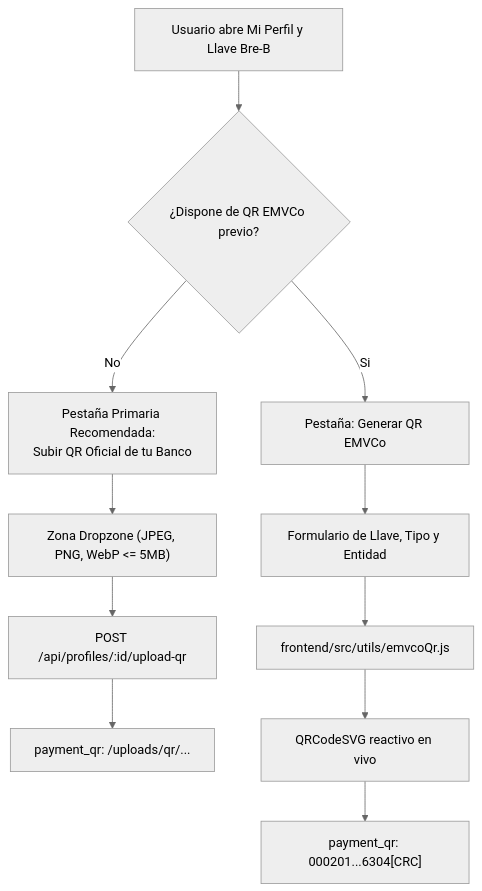
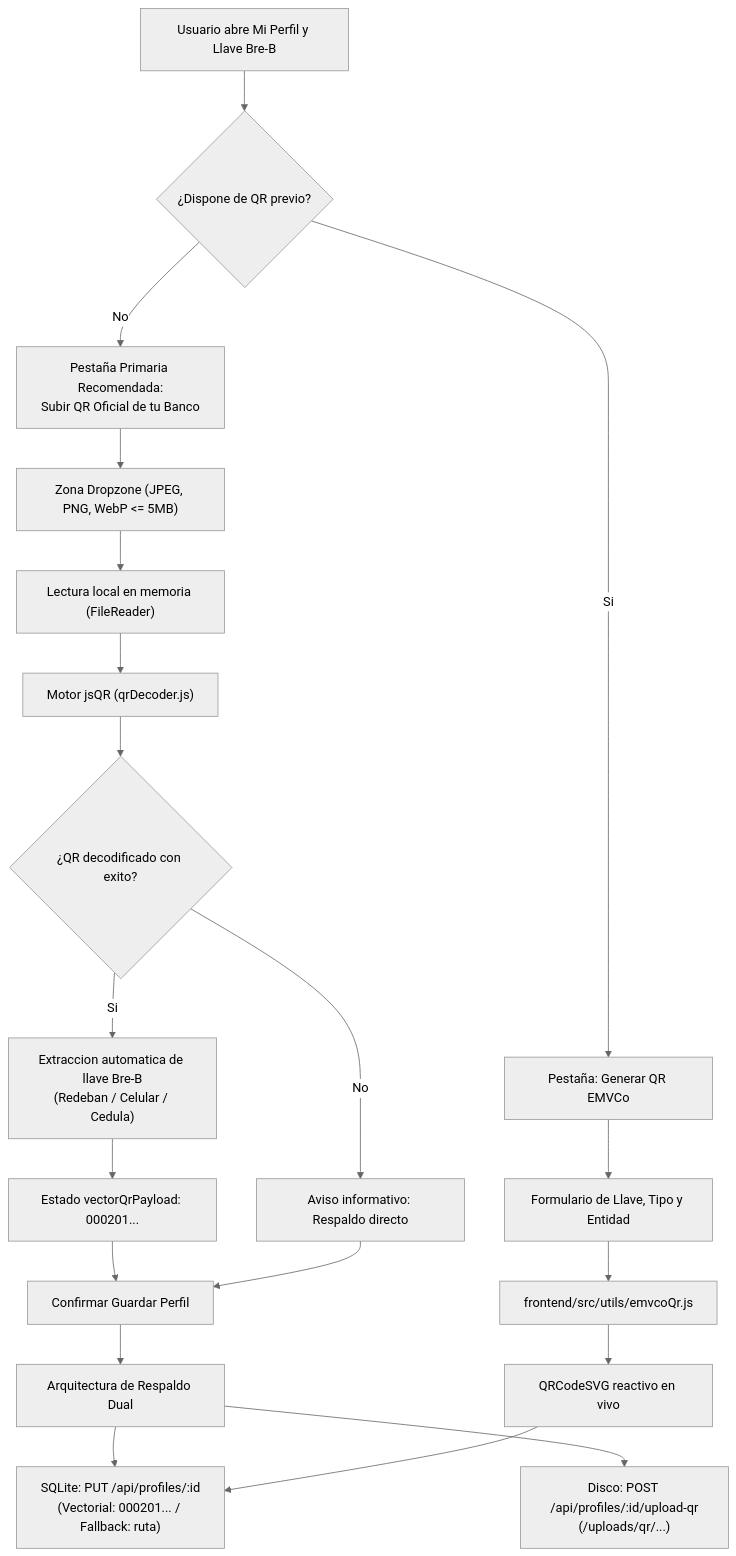
The first of 6 diagrams in docs/03_Frontend/Generador-QR-Bre-B.md (SebzSGC/Control-Gastos), drawn with Mermaid (neutral theme) before and after one commit. The commit also changed other lines of this file and 9 other files, not shown here.

````diff
--- a/docs/03_Frontend/Generador-QR-Bre-B.md
+++ b/docs/03_Frontend/Generador-QR-Bre-B.md
@@ -26,15 +26,27 @@
 ```mermaid
 flowchart TD
-    OpenModal["Usuario abre Mi Perfil y Llave Bre-B"] --> CheckExisting{"¿Dispone de QR EMVCo previo?"}
+    OpenModal["Usuario abre Mi Perfil y Llave Bre-B"] --> CheckExisting{"¿Dispone de QR previo?"}
     CheckExisting -- Si --> TabGen["Pestaña: Generar QR EMVCo"]
     CheckExisting -- No --> TabUpload["Pestaña Primaria Recomendada:\nSubir QR Oficial de tu Banco"]
     
     TabUpload --> UploadZone["Zona Dropzone (JPEG, PNG, WebP <= 5MB)"]
-    UploadZone --> ServerUpload["POST /api/profiles/:id/upload-qr"]
-    ServerUpload --> SavePath["payment_qr: /uploads/qr/..."]
+    UploadZone --> LocalRead["Lectura local en memoria (FileReader)"]
+    LocalRead --> Decoder["Motor jsQR (qrDecoder.js)"]
+    
+    Decoder --> Decoded{"¿QR decodificado con exito?"}
+    Decoded -- Si --> ExtractKey["Extraccion automatica de llave Bre-B\n(Redeban / Celular / Cedula)"]
+    ExtractKey --> SetVector["Estado vectorQrPayload: 000201..."]
+    Decoded -- No --> FallbackNotice["Aviso informativo: Respaldo directo"]
+    
+    SetVector --> Submit["Confirmar Guardar Perfil"]
+    FallbackNotice --> Submit
+    
+    Submit --> DualStore["Arquitectura de Respaldo Dual"]
+    DualStore --> DiscSave["Disco: POST /api/profiles/:id/upload-qr\n(/uploads/qr/...)"]
+    DualStore --> DBSave["SQLite: PUT /api/profiles/:id\n(Vectorial: 000201... / Fallback: ruta)"]
     
     TabGen --> LiveForm["Formulario de Llave, Tipo y Entidad"]
     LiveForm --> EMVCoEngine["frontend/src/utils/emvcoQr.js"]
     EMVCoEngine --> VectorRender["QRCodeSVG reactivo en vivo"]
-    VectorRender --> SavePayload["payment_qr: 000201...6304[CRC]"]
+    VectorRender --> DBSave
 ```
````
